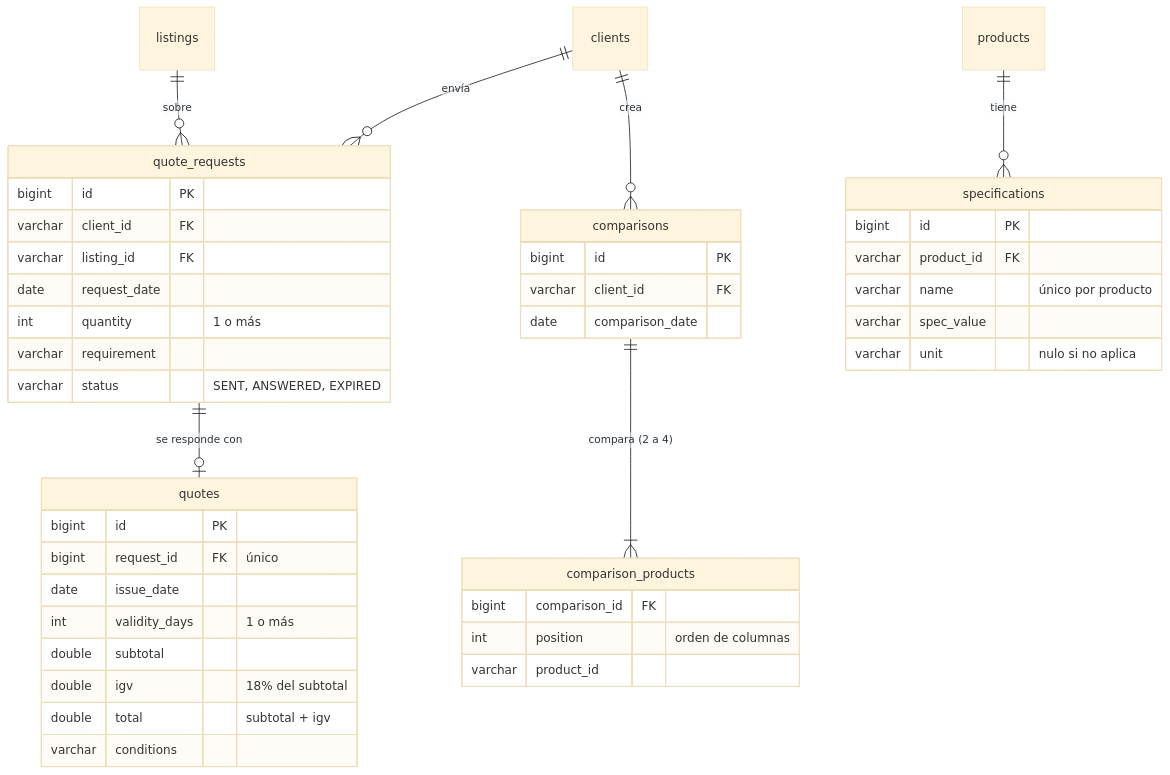
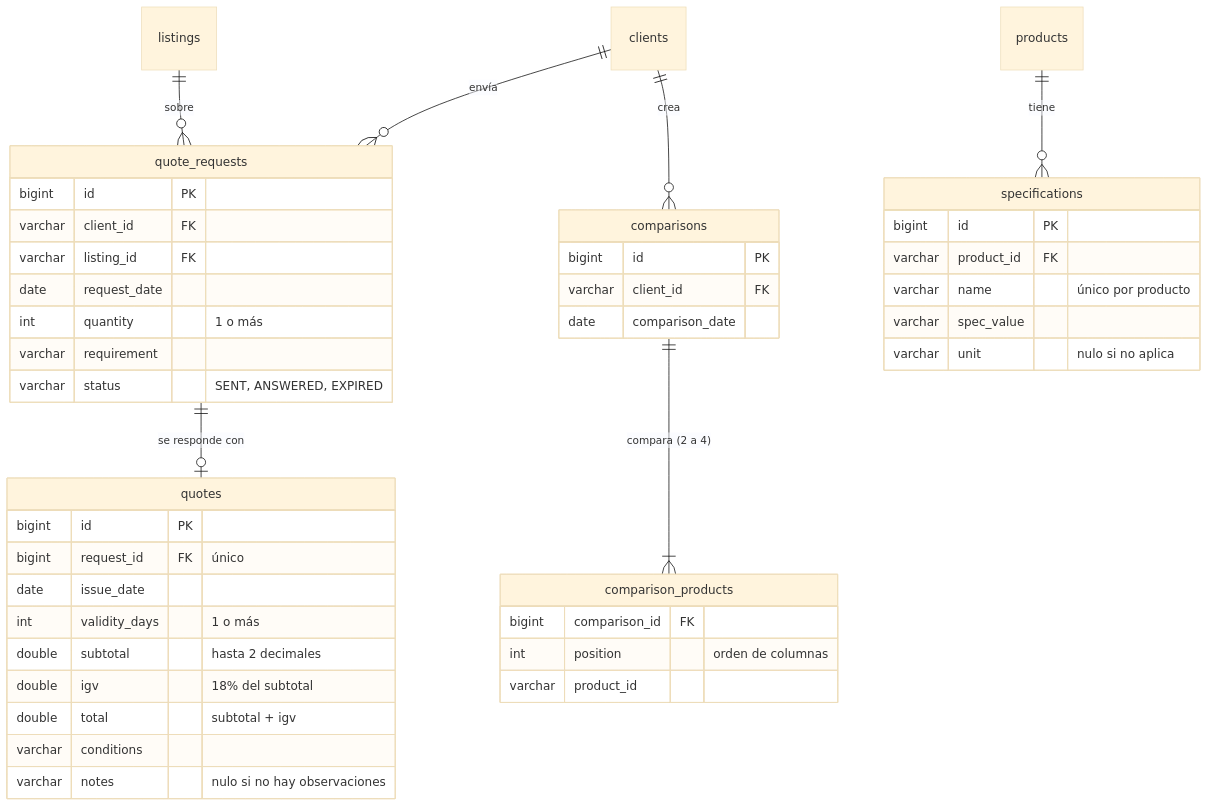
One commit to esteban-abanto-2709/TecnoLink changed the fifth of 5 diagrams in docs/modelo-datos.md. Above: the diagram before and after it, drawn with Mermaid (base theme). The commit also changed other lines of this file and 23 other files, not shown here.

````diff
--- a/docs/modelo-datos.md
+++ b/docs/modelo-datos.md
@@ -249,46 +249,47 @@
 ```mermaid
 erDiagram
     clients ||--o{ quote_requests : "envía"
     listings ||--o{ quote_requests : "sobre"
     quote_requests ||--o| quotes : "se responde con"
     products ||--o{ specifications : "tiene"
     clients ||--o{ comparisons : "crea"
     comparisons ||--|{ comparison_products : "compara (2 a 4)"
 
     quote_requests {
         bigint id PK
         varchar client_id FK
         varchar listing_id FK
         date request_date
         int quantity "1 o más"
         varchar requirement
         varchar status "SENT, ANSWERED, EXPIRED"
     }
     quotes {
         bigint id PK
         bigint request_id FK "único"
         date issue_date
         int validity_days "1 o más"
-        double subtotal
+        double subtotal "hasta 2 decimales"
         double igv "18% del subtotal"
         double total "subtotal + igv"
         varchar conditions
+        varchar notes "nulo si no hay observaciones"
     }
     specifications {
         bigint id PK
         varchar product_id FK
         varchar name "único por producto"
         varchar spec_value
         varchar unit "nulo si no aplica"
     }
     comparisons {
         bigint id PK
         varchar client_id FK
         date comparison_date
     }
     comparison_products {
         bigint comparison_id FK
         int position "orden de columnas"
         varchar product_id
     }
 ```
````
